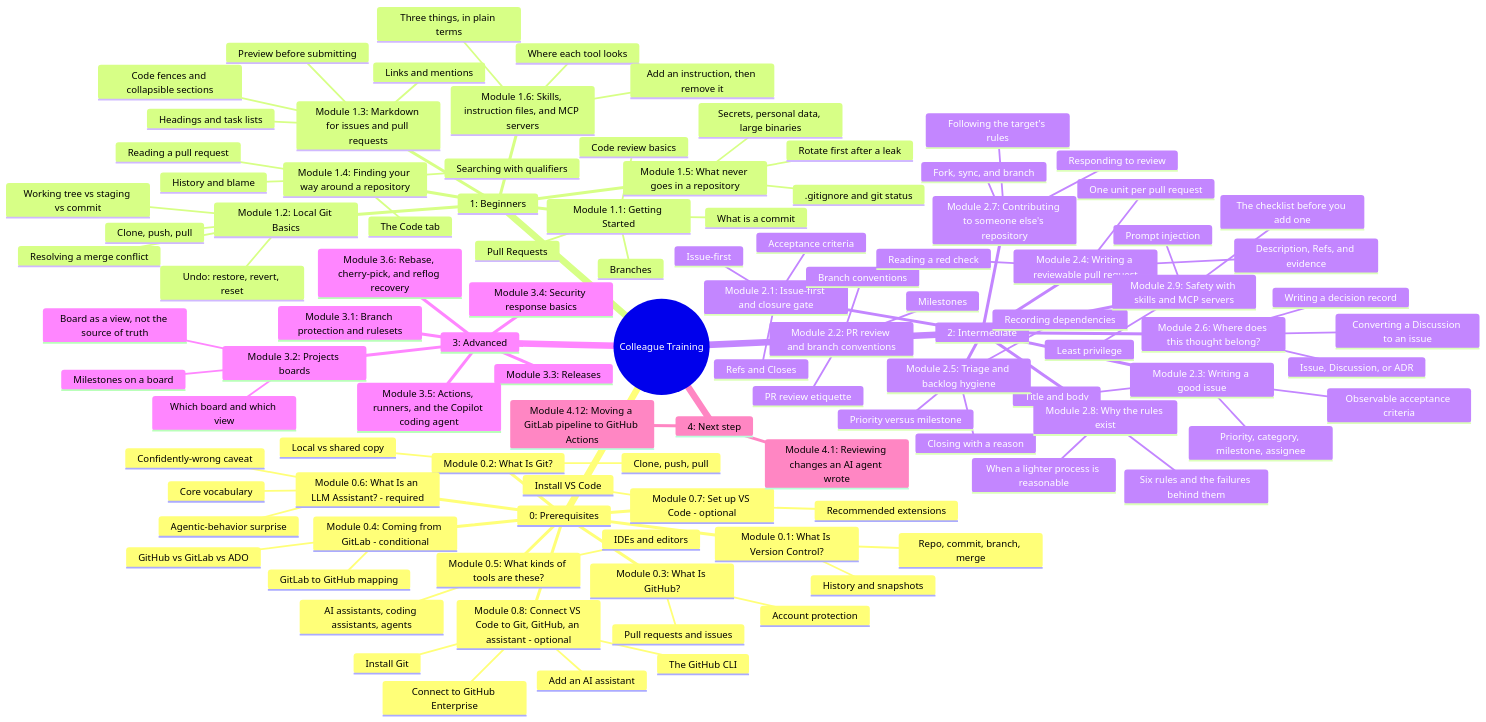
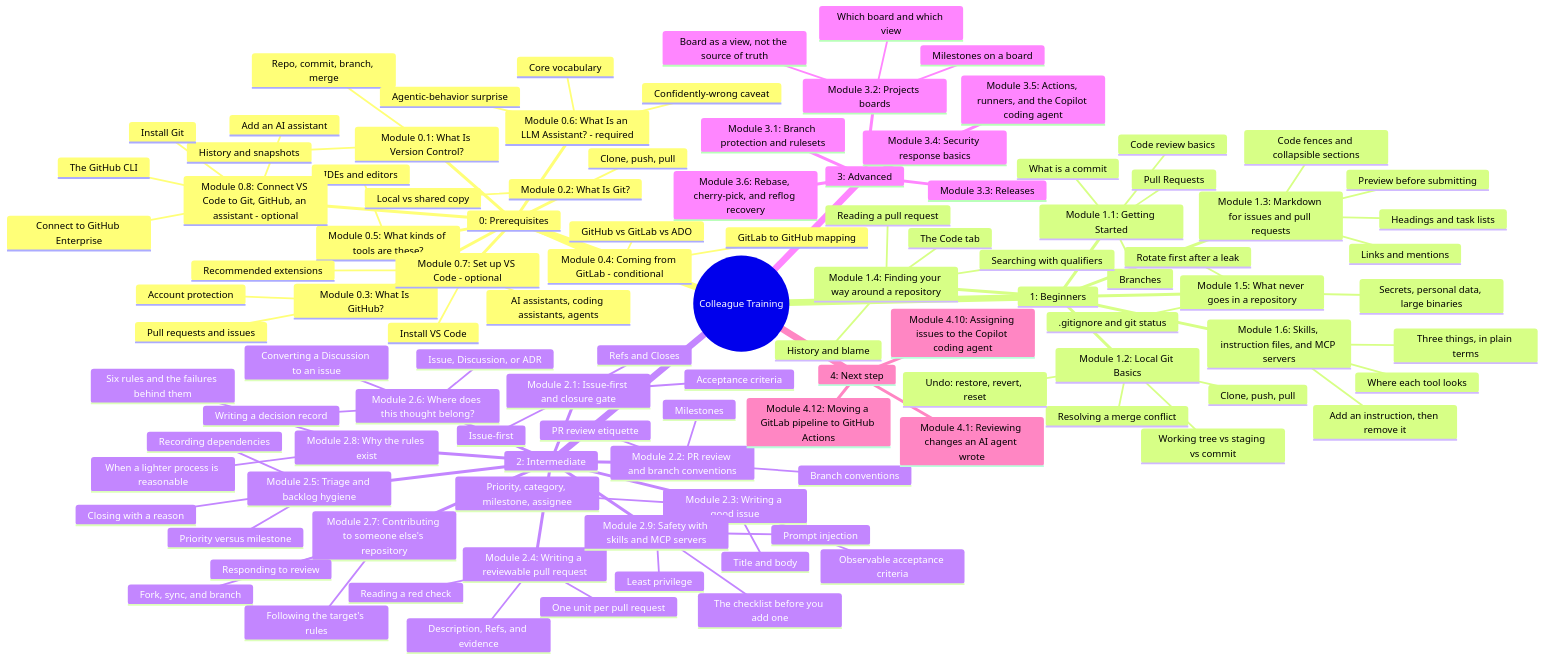
The second of 2 diagrams in education/README.md (JeanKadang/DOC-GitHub-Practice-Skills), drawn with Mermaid before and after one commit. The commit also changed other lines of this file and 8 other files, not shown here.

First line of the commit message:
docs(education): add Module 4.10, assigning issues to the Copilot coding agent

````diff
--- a/education/README.md
+++ b/education/README.md
@@ -239,5 +239,6 @@
       Module 3.6: Rebase, cherry-pick, and reflog recovery
     4: Next step
       Module 4.1: Reviewing changes an AI agent wrote
+      Module 4.10: Assigning issues to the Copilot coding agent
       Module 4.12: Moving a GitLab pipeline to GitHub Actions
 ```
````
